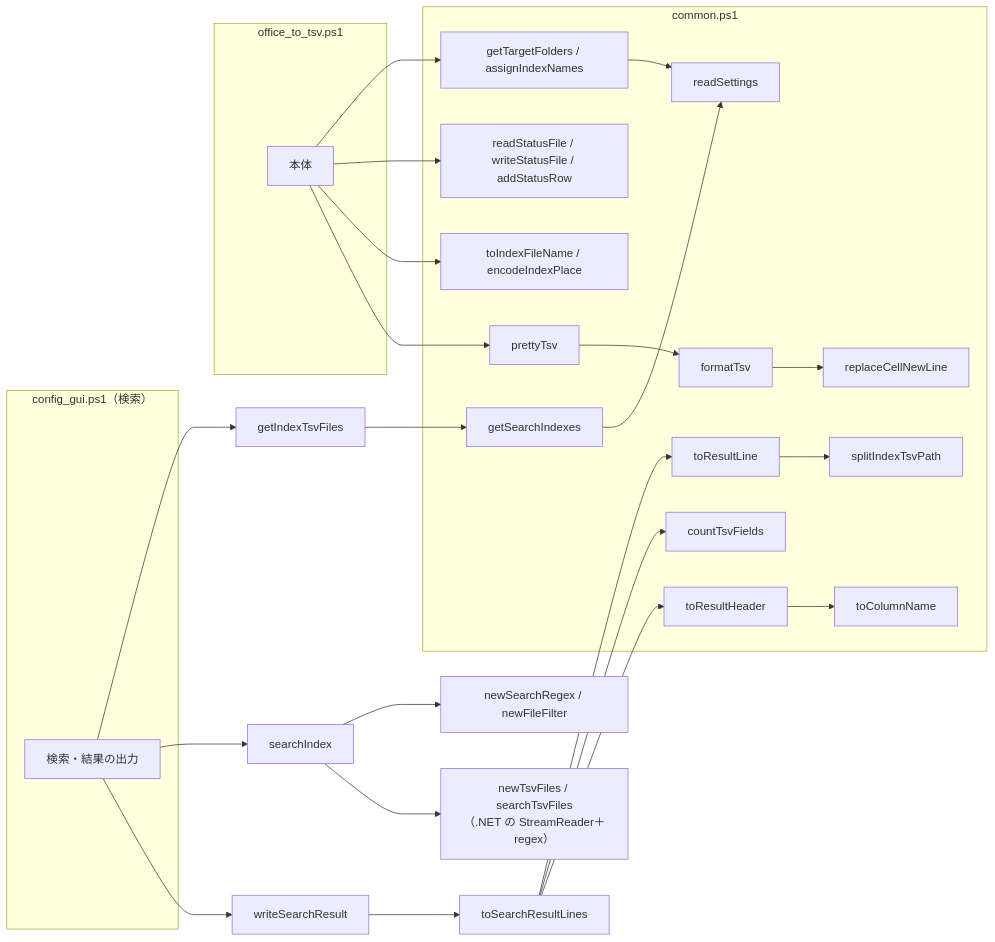
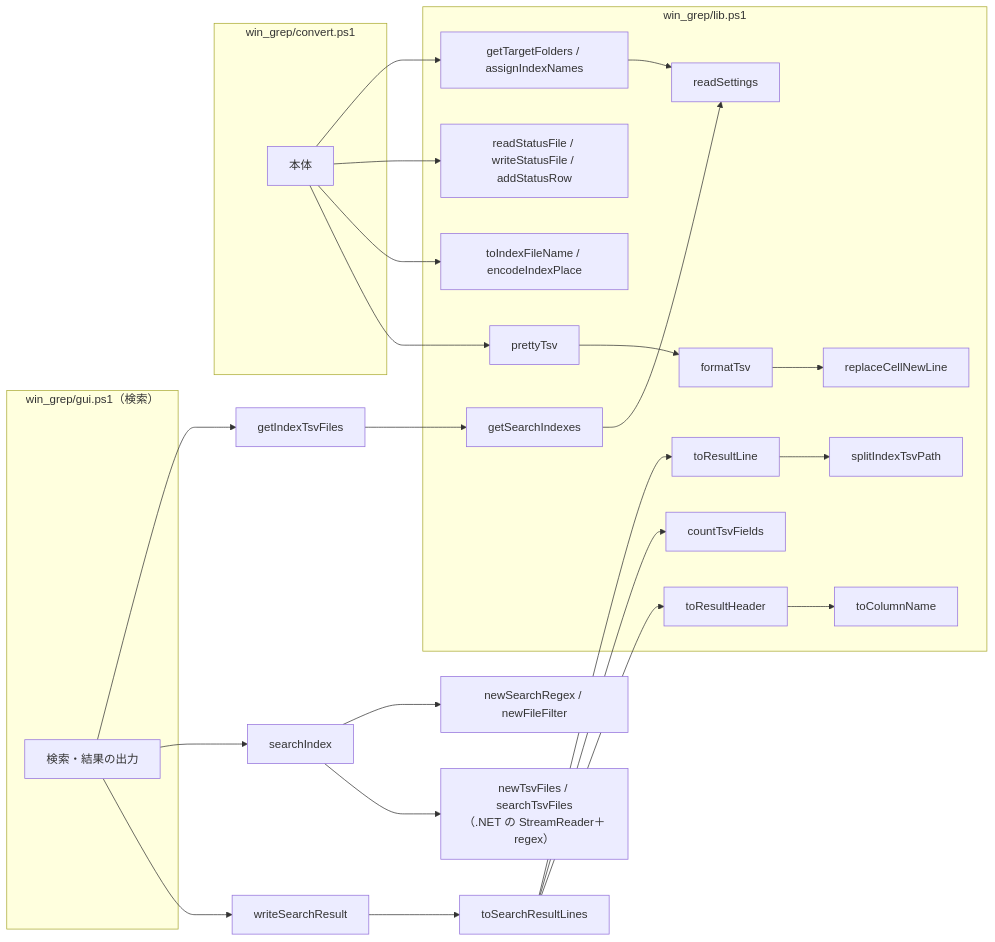
Before and after one commit to hsgwa/tebunko: the first of 2 diagrams in docs/00_共通_2_共通モジュール.md, drawn with Mermaid. The commit also changed other lines of this file and 18 other files, not shown here.

````diff
--- a/docs/00_共通_2_共通モジュール.md
+++ b/docs/00_共通_2_共通モジュール.md
@@ -111,37 +147,37 @@
 ```mermaid
 flowchart LR
-    subgraph OTS["office_to_tsv.ps1"]
+    subgraph OTS["win_grep/convert.ps1"]
         OT["本体"]
     end
-    subgraph GRS["config_gui.ps1（検索）"]
+    subgraph GRS["win_grep/gui.ps1（検索）"]
         GR["検索・結果の出力"]
     end
-    subgraph CMS["common.ps1"]
+    subgraph CMS["win_grep/lib.ps1"]
         RCL["readSettings"]
         RSF["readStatusFile / writeStatusFile / addStatusRow"]
         GTF["getTargetFolders / assignIndexNames"]
         GIF["getSearchIndexes"]
         TSF["toIndexFileName / encodeIndexPlace"]
         RNL["replaceCellNewLine"]
         FT["formatTsv"]
         PT["prettyTsv"]
         SIF["splitIndexTsvPath"]
         TRL["toResultLine"]
         CTF["countTsvFields"]
         TRH["toResultHeader"]
         TCN["toColumnName"]
     end
 
     OT --> GTF --> RCL
     OT --> RSF
     OT --> TSF
     OT --> PT --> FT --> RNL
     GR --> ITF["getIndexTsvFiles"] --> GIF --> RCL
     GR --> SI["searchIndex"]
     SI --> NSR["newSearchRegex / newFileFilter"]
     SI --> STF["newTsvFiles / searchTsvFiles<br>（.NET の StreamReader＋regex）"]
     GR --> WSR["writeSearchResult"] --> TSR["toSearchResultLines"]
     TSR --> TRL --> SIF
     TSR --> CTF
     TSR --> TRH --> TCN
 ```
````
